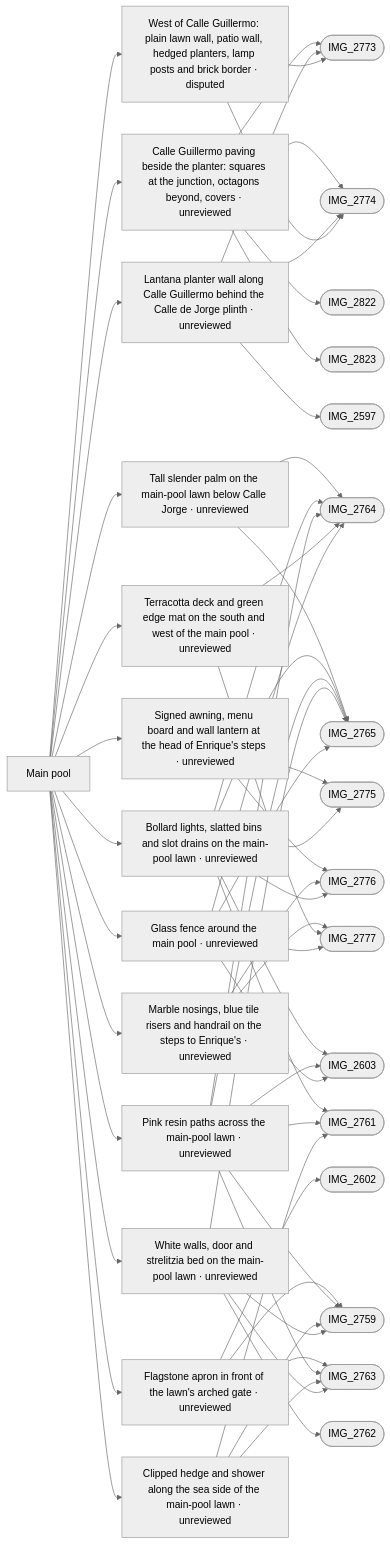
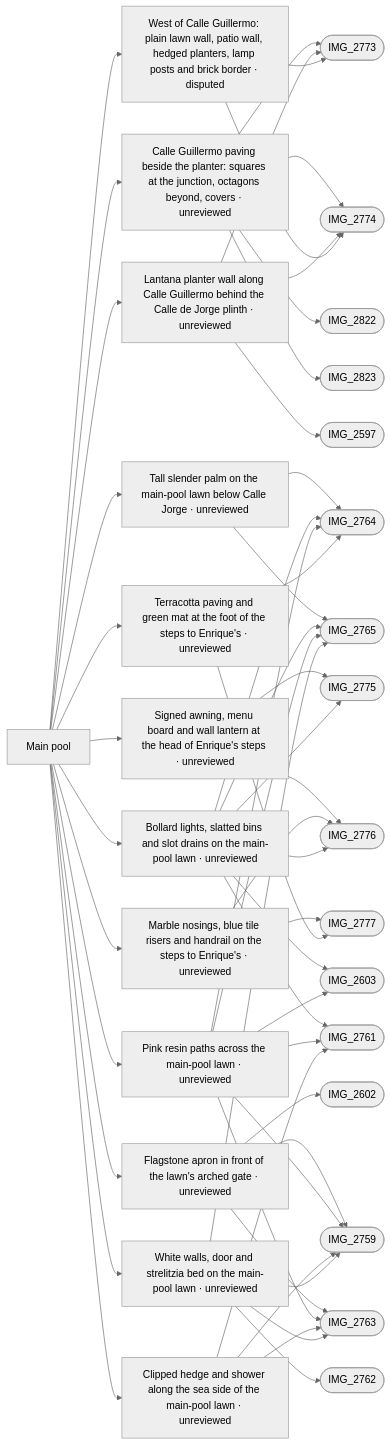
The diagram in refs/areas/main-pool.md (daveyboyc/villacana-venture), drawn with Mermaid (neutral theme) before and after one commit. The commit also changed other lines of this file and 33 other files, not shown here.

First line of the commit message:
Remove the main-pool glass fence and match the lawn photos more closely.

````diff
--- a/refs/areas/main-pool.md
+++ b/refs/areas/main-pool.md
@@ -47,60 +47,55 @@
 ```mermaid
 graph LR
   A["Main pool"]
   A --> F0["Calle Guillermo paving beside the planter: squares at the junction, octagons beyond, covers · unreviewed"]
   F0 --> PIMG_2773_jpg(["IMG_2773"])
   F0 --> PIMG_2774_jpg(["IMG_2774"])
   F0 --> PIMG_2822_jpg(["IMG_2822"])
   F0 --> PIMG_2823_jpg(["IMG_2823"])
   A --> F1["Lantana planter wall along Calle Guillermo behind the Calle de Jorge plinth · unreviewed"]
   F1 --> PIMG_2597_jpg(["IMG_2597"])
   F1 --> PIMG_2773_jpg(["IMG_2773"])
   F1 --> PIMG_2774_jpg(["IMG_2774"])
   A --> F2["West of Calle Guillermo: plain lawn wall, patio wall, hedged planters, lamp posts and brick border · disputed"]
   F2 --> PIMG_2773_jpg(["IMG_2773"])
   F2 --> PIMG_2774_jpg(["IMG_2774"])
   A --> F3["Tall slender palm on the main-pool lawn below Calle Jorge · unreviewed"]
   F3 --> PIMG_2764_jpg(["IMG_2764"])
   F3 --> PIMG_2765_jpg(["IMG_2765"])
   A --> F4["Signed awning, menu board and wall lantern at the head of Enrique's steps · unreviewed"]
   F4 --> PIMG_2775_jpg(["IMG_2775"])
   F4 --> PIMG_2776_jpg(["IMG_2776"])
   A --> F5["Marble nosings, blue tile risers and handrail on the steps to Enrique's · unreviewed"]
   F5 --> PIMG_2776_jpg(["IMG_2776"])
   F5 --> PIMG_2777_jpg(["IMG_2777"])
   A --> F6["Bollard lights, slatted bins and slot drains on the main-pool lawn · unreviewed"]
   F6 --> PIMG_2603_jpg(["IMG_2603"])
   F6 --> PIMG_2761_jpg(["IMG_2761"])
   F6 --> PIMG_2764_jpg(["IMG_2764"])
   F6 --> PIMG_2765_jpg(["IMG_2765"])
   F6 --> PIMG_2775_jpg(["IMG_2775"])
   F6 --> PIMG_2776_jpg(["IMG_2776"])
   A --> F7["Flagstone apron in front of the lawn's arched gate · unreviewed"]
   F7 --> PIMG_2602_jpg(["IMG_2602"])
   F7 --> PIMG_2759_jpg(["IMG_2759"])
   F7 --> PIMG_2763_jpg(["IMG_2763"])
   A --> F8["Pink resin paths across the main-pool lawn · unreviewed"]
   F8 --> PIMG_2603_jpg(["IMG_2603"])
   F8 --> PIMG_2759_jpg(["IMG_2759"])
   F8 --> PIMG_2761_jpg(["IMG_2761"])
   F8 --> PIMG_2763_jpg(["IMG_2763"])
   F8 --> PIMG_2764_jpg(["IMG_2764"])
   F8 --> PIMG_2765_jpg(["IMG_2765"])
   A --> F9["Clipped hedge and shower along the sea side of the main-pool lawn · unreviewed"]
   F9 --> PIMG_2759_jpg(["IMG_2759"])
   F9 --> PIMG_2761_jpg(["IMG_2761"])
   F9 --> PIMG_2763_jpg(["IMG_2763"])
   A --> F10["White walls, door and strelitzia bed on the main-pool lawn · unreviewed"]
   F10 --> PIMG_2759_jpg(["IMG_2759"])
   F10 --> PIMG_2762_jpg(["IMG_2762"])
   F10 --> PIMG_2763_jpg(["IMG_2763"])
   F10 --> PIMG_2765_jpg(["IMG_2765"])
-  A --> F11["Terracotta deck and green edge mat on the south and west of the main pool · unreviewed"]
+  A --> F11["Terracotta paving and green mat at the foot of the steps to Enrique's · unreviewed"]
   F11 --> PIMG_2764_jpg(["IMG_2764"])
   F11 --> PIMG_2777_jpg(["IMG_2777"])
-  A --> F12["Glass fence around the main pool · unreviewed"]
-  F12 --> PIMG_2603_jpg(["IMG_2603"])
-  F12 --> PIMG_2764_jpg(["IMG_2764"])
-  F12 --> PIMG_2765_jpg(["IMG_2765"])
-  F12 --> PIMG_2777_jpg(["IMG_2777"])
 ```
````
